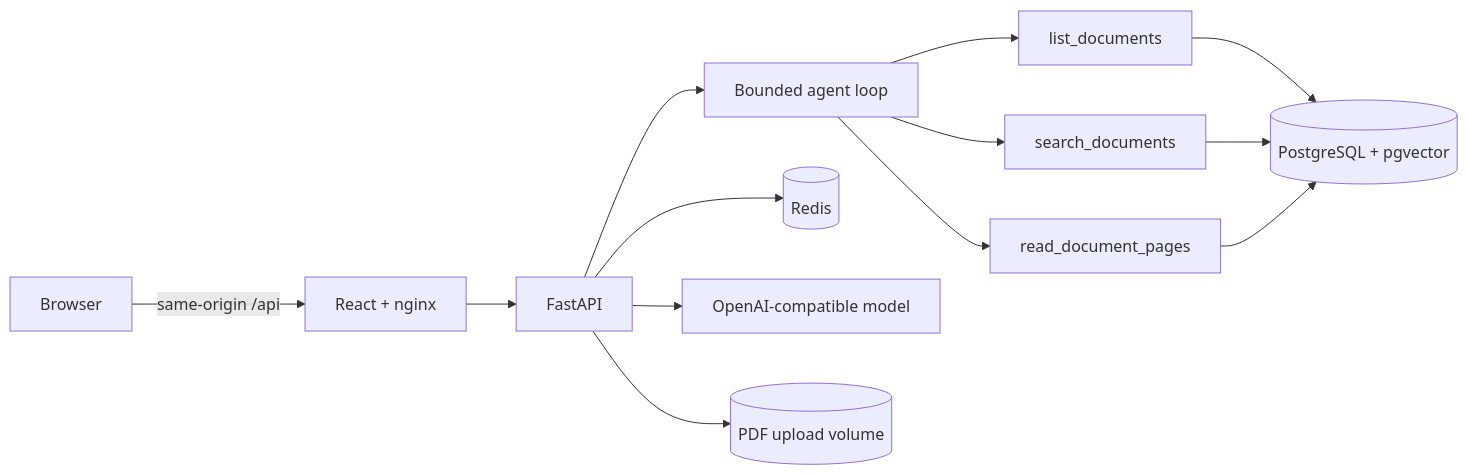
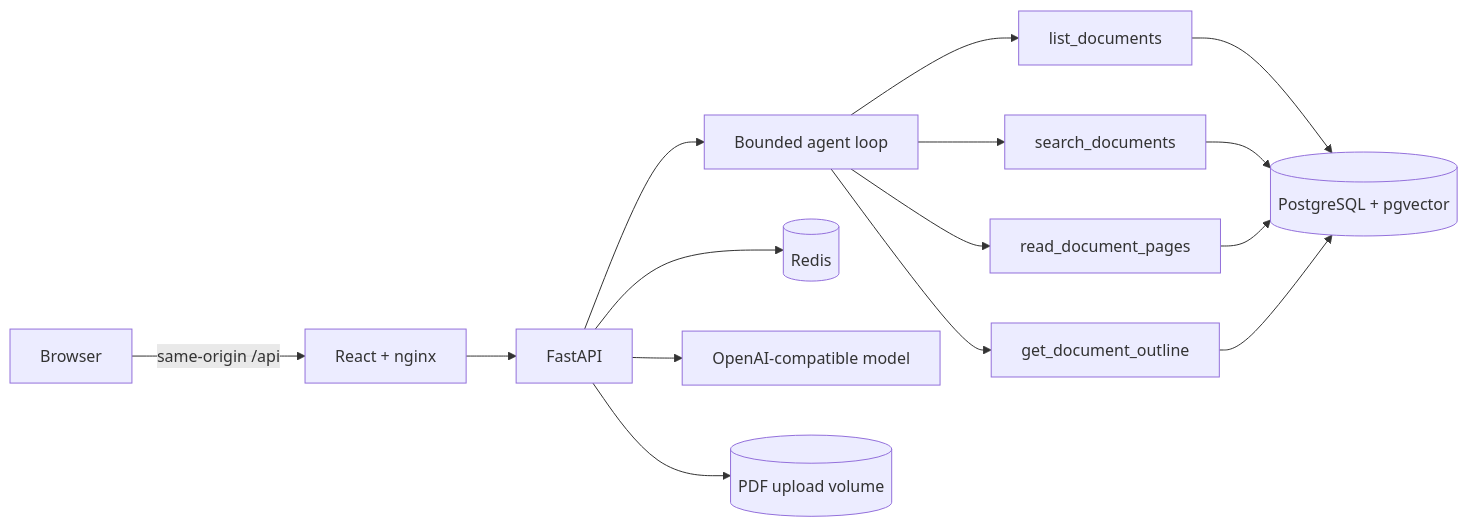
Before and after one commit to theomthakur/policypilot: the diagram in README.md, drawn with Mermaid. The commit also changed other lines of this file and 41 other files, not shown here.

````diff
--- a/README.md
+++ b/README.md
@@ -40,15 +40,17 @@
 ```mermaid
 flowchart LR
   B[Browser] -->|same-origin /api| F[React + nginx]
   F --> A[FastAPI]
   A --> G[Bounded agent loop]
   G --> T1[list_documents]
   G --> T2[search_documents]
   G --> T3[read_document_pages]
+  G --> T4[get_document_outline]
   T1 --> P[(PostgreSQL + pgvector)]
   T2 --> P
   T3 --> P
+  T4 --> P
   A --> R[(Redis)]
   A --> M[OpenAI-compatible model]
   A --> U[(PDF upload volume)]
 ```
````
